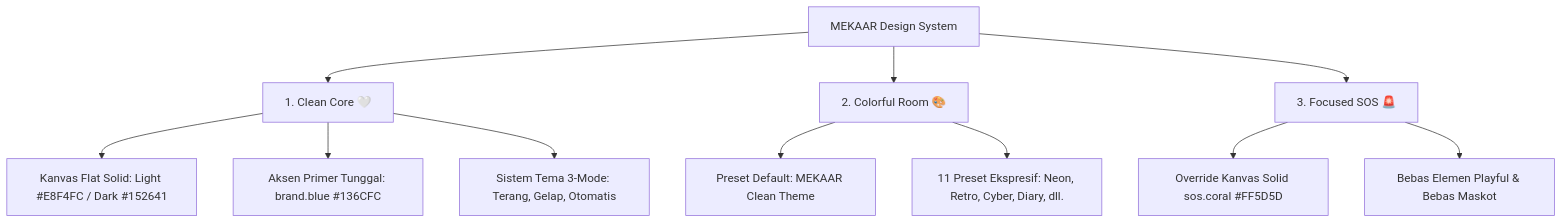
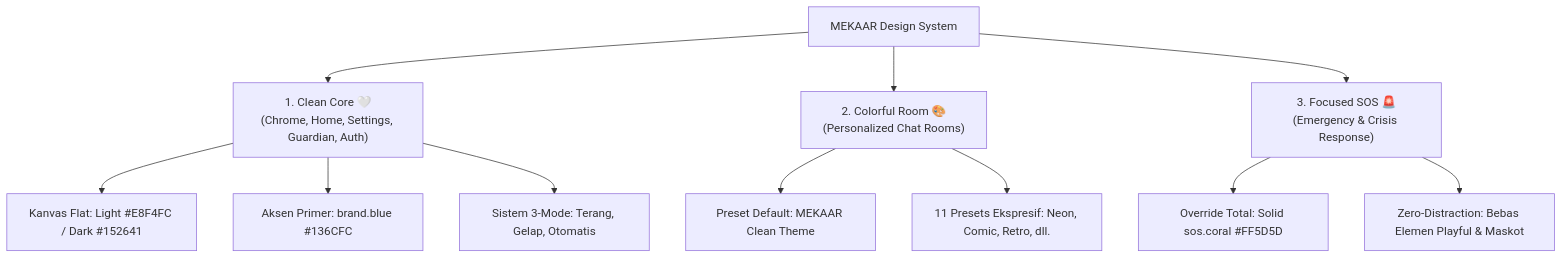
Before and after one commit to tholeteplok/Mekaar_chat: the first of 2 diagrams in README.md, drawn with Mermaid. The commit also changed other lines of this file and 6 other files, not shown here.

Commit message:
docs: redesign README with bilingual showcase, visual architecture, and app screenshots

````diff
--- a/README.md
+++ b/README.md
@@ -16,16 +84,16 @@
 ```mermaid
 graph TD
-    A[MEKAAR Design System] --> B[1. Clean Core 🤍]
-    A --> C[2. Colorful Room 🎨]
-    A --> D[3. Focused SOS 🚨]
+    A["MEKAAR Design System"] --> B["1. Clean Core 🤍<br/>(Chrome, Home, Settings, Guardian, Auth)"]
+    A --> C["2. Colorful Room 🎨<br/>(Personalized Chat Rooms)"]
+    A --> D["3. Focused SOS 🚨<br/>(Emergency & Crisis Response)"]
     
-    B --> B1[Kanvas Flat Solid: Light #E8F4FC / Dark #152641]
-    B --> B2[Aksen Primer Tunggal: brand.blue #136CFC]
-    B --> B3[Sistem Tema 3-Mode: Terang, Gelap, Otomatis]
+    B --> B1["Kanvas Flat: Light #E8F4FC / Dark #152641"]
+    B --> B2["Aksen Primer: brand.blue #136CFC"]
+    B --> B3["Sistem 3-Mode: Terang, Gelap, Otomatis"]
     
-    C --> C1[Preset Default: MEKAAR Clean Theme]
-    C --> C2[11 Preset Ekspresif: Neon, Retro, Cyber, Diary, dll.]
+    C --> C1["Preset Default: MEKAAR Clean Theme"]
+    C --> C2["11 Presets Ekspresif: Neon, Comic, Retro, dll."]
     
-    D --> D1[Override Kanvas Solid sos.coral #FF5D5D]
-    D --> D2[Bebas Elemen Playful & Bebas Maskot]
+    D --> D1["Override Total: Solid sos.coral #FF5D5D"]
+    D --> D2["Zero-Distraction: Bebas Elemen Playful & Maskot"]
 ```
````
